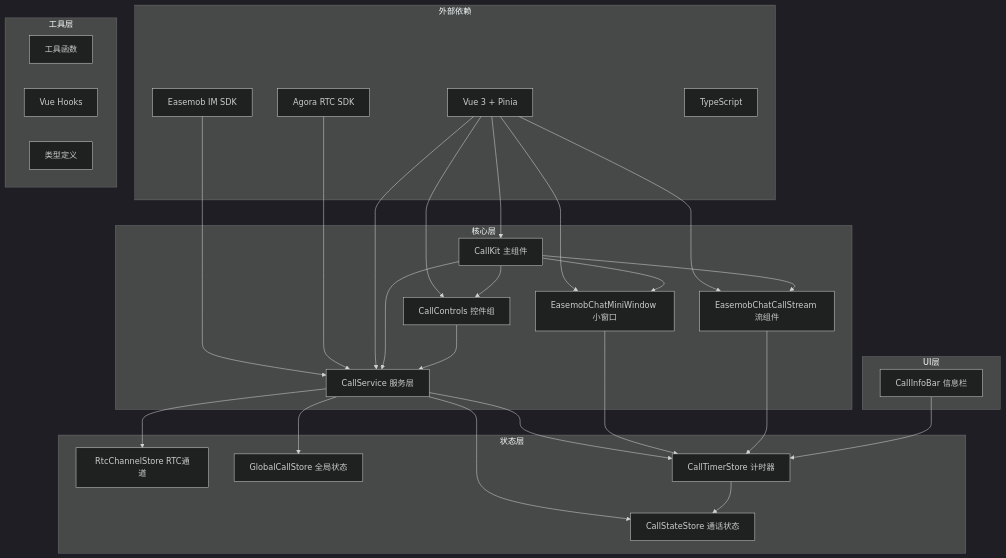
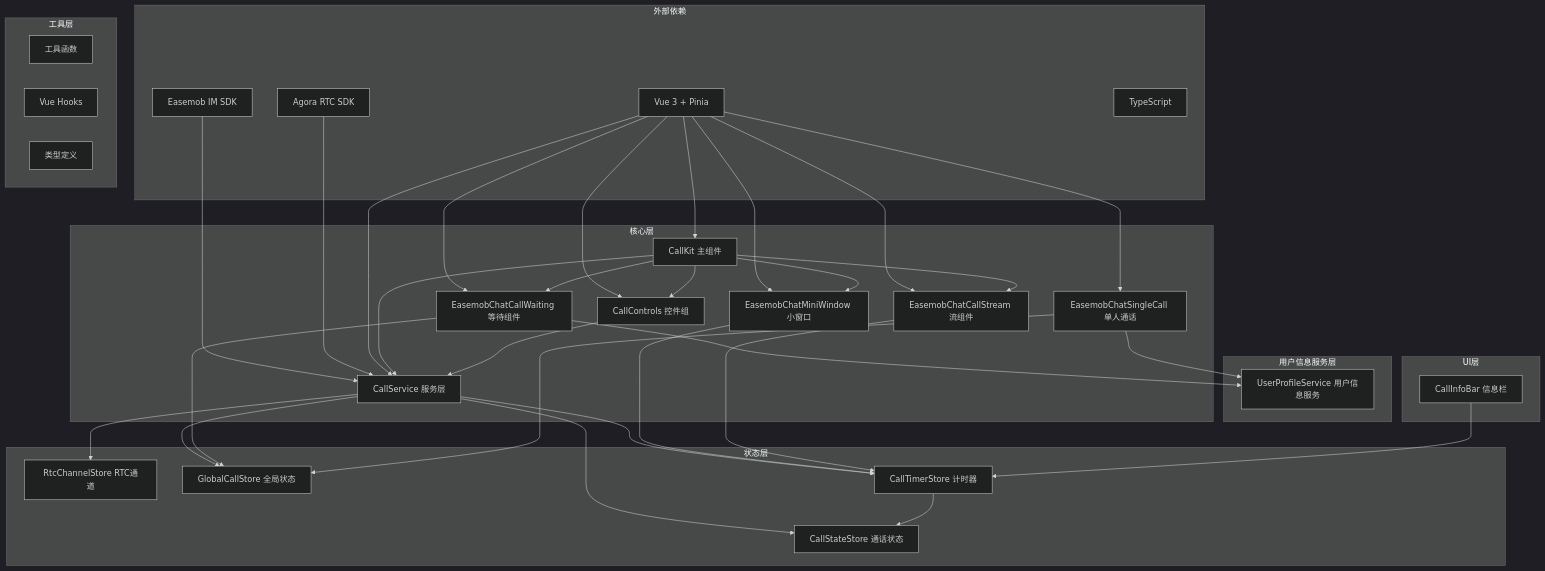
Diagram 11 of 11 in .qoder/repowiki/zh/content/核心组件/单人通话组件/单人通话组件.md (Easemob-Community/easemob-uikit-callkit-vue3), drawn with Mermaid (dark theme) before and after one commit. The commit also changed other lines of this file and 58 other files, not shown here.

````diff
--- a/.qoder/repowiki/zh/content/核心组件/单人通话组件/单人通话组件.md
+++ b/.qoder/repowiki/zh/content/核心组件/单人通话组件/单人通话组件.md
@@ -399,50 +560,62 @@
 ```mermaid
 graph TD
 subgraph "外部依赖"
 IM[Easemob IM SDK]
 Agora[Agora RTC SDK]
 Vue[Vue 3 + Pinia]
 TS[TypeScript]
 end
 subgraph "核心层"
 CallKit[CallKit 主组件]
 CallControls[CallControls 控件组]
 CallService[CallService 服务层]
 EasemobChatMiniWindow[EasemobChatMiniWindow 小窗口]
 EasemobChatCallStream[EasemobChatCallStream 流组件]
+EasemobChatCallWaiting[EasemobChatCallWaiting 等待组件]
+EasemobChatSingleCall[EasemobChatSingleCall 单人通话]
 end
 subgraph "状态层"
 CallStateStore[CallStateStore 通话状态]
 RtcChannelStore[RtcChannelStore RTC通道]
 GlobalCallStore[GlobalCallStore 全局状态]
 CallTimerStore[CallTimerStore 计时器]
+end
+subgraph "用户信息服务层"
+UserProfileService[UserProfileService 用户信息服务]
 end
 subgraph "工具层"
 Utils[工具函数]
 Hooks[Vue Hooks]
 Types[类型定义]
 end
 subgraph "UI层"
 CallInfoBar[CallInfoBar 信息栏]
 end
 IM --> CallService
 Agora --> CallService
 Vue --> CallKit
 Vue --> CallControls
 Vue --> CallService
 Vue --> EasemobChatMiniWindow
 Vue --> EasemobChatCallStream
+Vue --> EasemobChatCallWaiting
+Vue --> EasemobChatSingleCall
 CallKit --> CallControls
 CallKit --> CallService
 CallKit --> EasemobChatMiniWindow
 CallKit --> EasemobChatCallStream
+CallKit --> EasemobChatCallWaiting
 CallControls --> CallService
 CallService --> CallStateStore
 CallService --> RtcChannelStore
 CallService --> GlobalCallStore
 CallService --> CallTimerStore
 CallTimerStore --> CallStateStore
 EasemobChatMiniWindow --> CallTimerStore
 EasemobChatCallStream --> CallTimerStore
+EasemobChatCallWaiting --> GlobalCallStore
+EasemobChatCallWaiting --> UserProfileService
+EasemobChatSingleCall --> GlobalCallStore
+EasemobChatSingleCall --> UserProfileService
 CallInfoBar --> CallTimerStore
 ```
````
